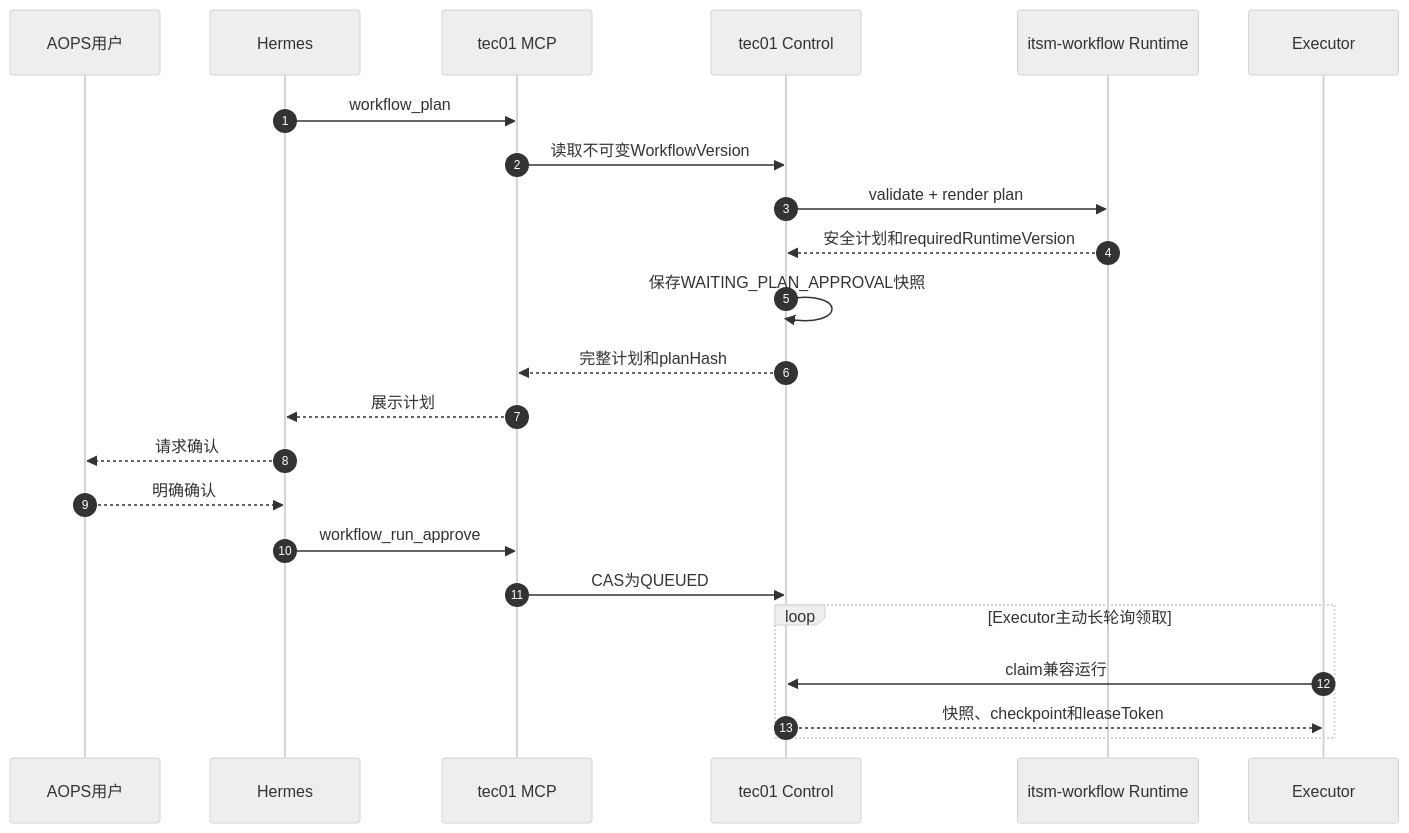
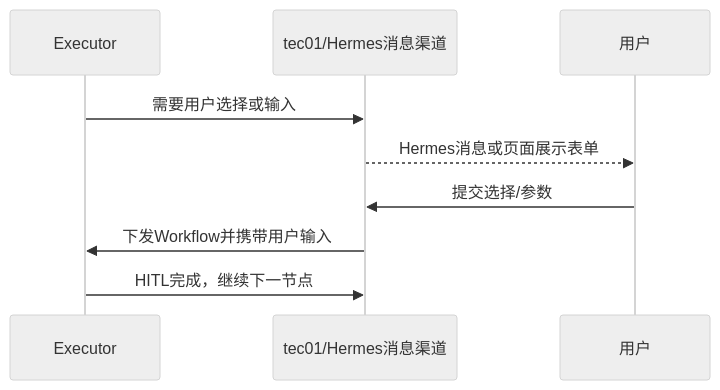
The fourth of 5 diagrams in docs/tec01-control-plane-split.md (armin1024/itsm-workflow), drawn with Mermaid (neutral theme) before and after one commit. The commit also changed other lines of this file and 7 other files, not shown here.

Commit message:
docs: simplify tec01 push scheduling and user flows

````diff
--- a/docs/tec01-control-plane-split.md
+++ b/docs/tec01-control-plane-split.md
@@ -458,26 +176,12 @@
 ```mermaid
 sequenceDiagram
-    autonumber
-    participant U as AOPS用户
-    participant H as Hermes
-    participant M as tec01 MCP
-    participant T as tec01 Control
-    participant R as itsm-workflow Runtime
     participant E as Executor
+    participant T as tec01/Hermes消息渠道
+    participant U as 用户
 
-    H->>M: workflow_plan
-    M->>T: 读取不可变WorkflowVersion
-    T->>R: validate + render plan
-    R-->>T: 安全计划和requiredRuntimeVersion
-    T->>T: 保存WAITING_PLAN_APPROVAL快照
-    T-->>M: 完整计划和planHash
-    M-->>H: 展示计划
-    H-->>U: 请求确认
-    U-->>H: 明确确认
-    H->>M: workflow_run_approve
-    M->>T: CAS为QUEUED
-    loop Executor主动长轮询领取
-        E->>T: claim兼容运行
-        T-->>E: 快照、checkpoint和leaseToken
-    end
+    E->>T: 需要用户选择或输入
+    T-->>U: Hermes消息或页面展示表单
+    U->>T: 提交选择/参数
+    T->>E: 下发Workflow并携带用户输入
+    E->>T: HITL完成，继续下一节点
 ```
````
